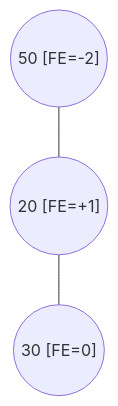
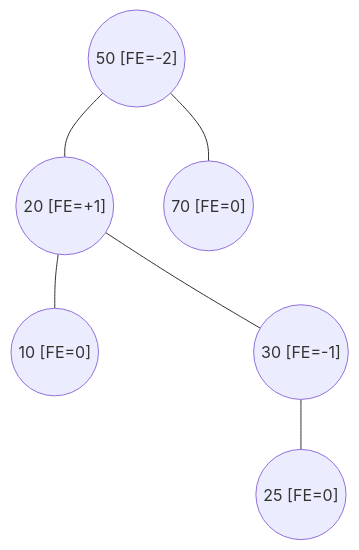
One commit to frijolitobandido/Guia_Matematica_Discreta changed diagram 26 of 34 in 03-arboles.md. Above: the diagram before and after it, drawn with Mermaid. The commit also changed other lines of this file, not shown here.

````diff
--- a/03-arboles.md
+++ b/03-arboles.md
@@ -628,5 +671,11 @@
 ```mermaid
 graph TD
     i1(("50 [FE=-2]")) --- i2(("20 [FE=+1]"))
-    i2 --- i3(("30 [FE=0]"))
+    i1 --- i3(("70 [FE=0]"))
+    i2 --- i4(("10 [FE=0]"))
+    i2 --- i5(("30 [FE=-1]"))
+    i5 --- i6(("25 [FE=0]"))
+    sp1(( )):::invisible ~~~ i5
+
+    classDef invisible fill:none,stroke:none
 ```
````
